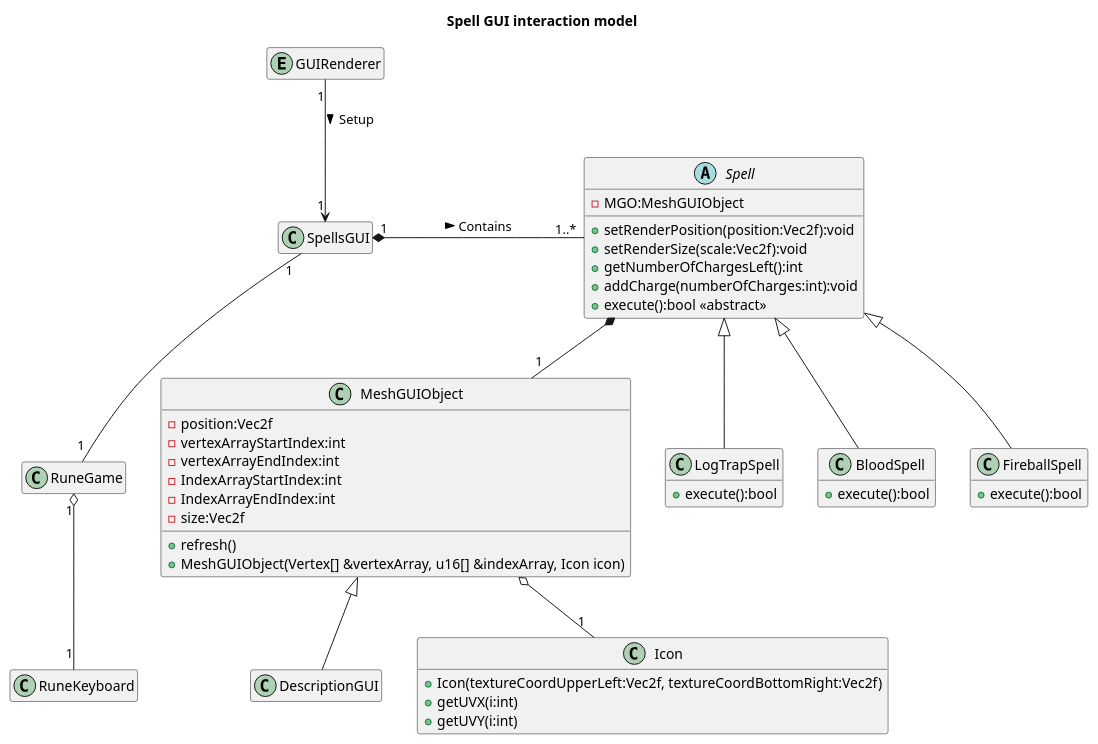
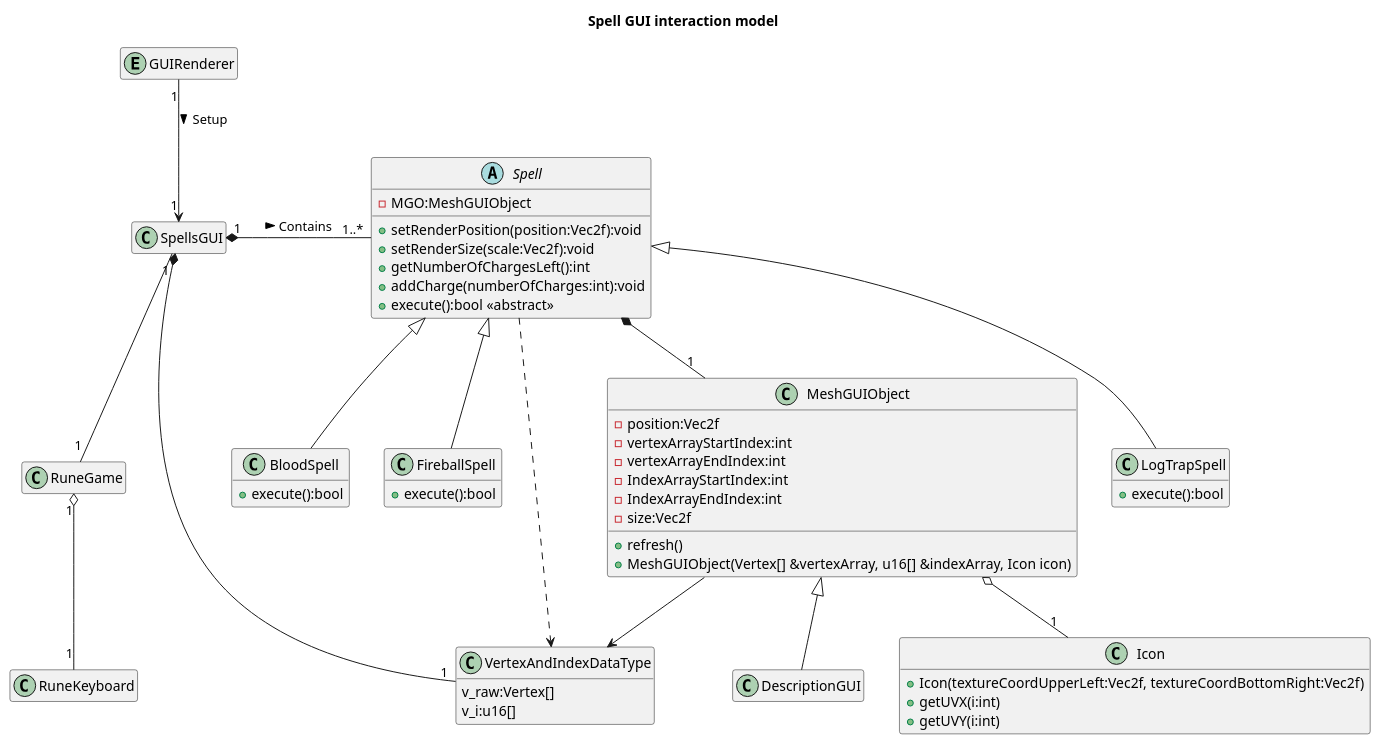
The diagram in docs/conception.puml (Kuift/The_Guiftmo_Project), drawn with PlantUML before and after one commit. The commit also changed 1 other file, not shown here.

```diff
--- a/docs/conception.puml
+++ b/docs/conception.puml
@@ -1,59 +1,67 @@
 @startuml Conception
 
 skinparam defaultfontname Verdana
 title Spell GUI interaction model
 
 hide empty members
 abstract Spell
 {
     - MGO:MeshGUIObject
     + setRenderPosition(position:Vec2f):void
     + setRenderSize(scale:Vec2f):void
     + getNumberOfChargesLeft():int
     + addCharge(numberOfCharges:int):void
     + execute():bool <<abstract>>
 }
 class MeshGUIObject
 {
   - position:Vec2f
   - vertexArrayStartIndex:int
   - vertexArrayEndIndex:int
   - IndexArrayStartIndex:int
   - IndexArrayEndIndex:int
   - size:Vec2f
   + refresh()
   + MeshGUIObject(Vertex[] &vertexArray, u16[] &indexArray, Icon icon)
 }
 class DescriptionGUI extends MeshGUIObject
 {
 
 }
 class LogTrapSpell extends Spell
 {
   + execute():bool
 }
 class Icon
 {
   + Icon(textureCoordUpperLeft:Vec2f, textureCoordBottomRight:Vec2f)
   + getUVX(i:int)
   + getUVY(i:int)
 }
 class BloodSpell extends Spell
 {
   + execute():bool
 }
 class FireballSpell extends Spell
 {
   + execute():bool
 }
+class VertexAndIndexDataType
+{
+  v_raw:Vertex[]
+  v_i:u16[]
+}
 class SpellsGUI
 Entity GUIRenderer
 class RuneGame
 class RuneKeyboard
 GUIRenderer "1"--> "1" SpellsGUI : Setup >
 SpellsGUI "1" *- "1..*" Spell : Contains >
 SpellsGUI "1" -- "1"  RuneGame
 RuneGame "1" o-- "1" RuneKeyboard
 Spell *-- "1" MeshGUIObject
 MeshGUIObject o-- "1" Icon
+SpellsGUI *-- "1" VertexAndIndexDataType
+Spell ..> VertexAndIndexDataType
+MeshGUIObject --> VertexAndIndexDataType
 @enduml
```
